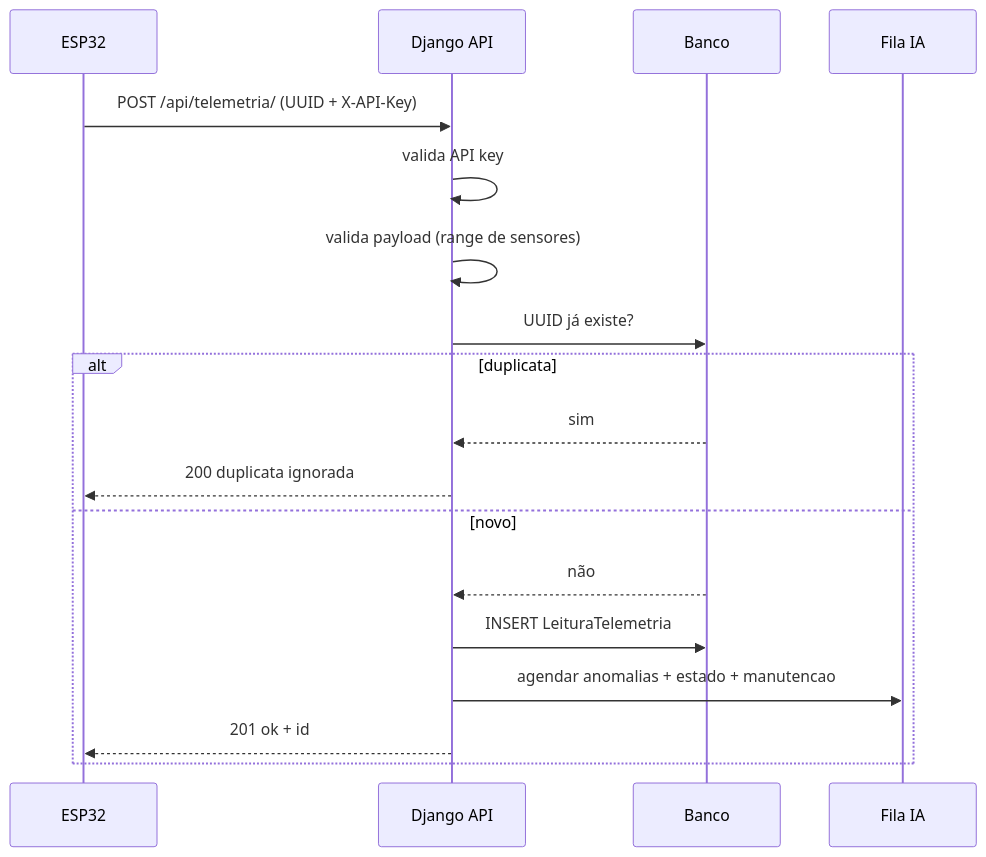
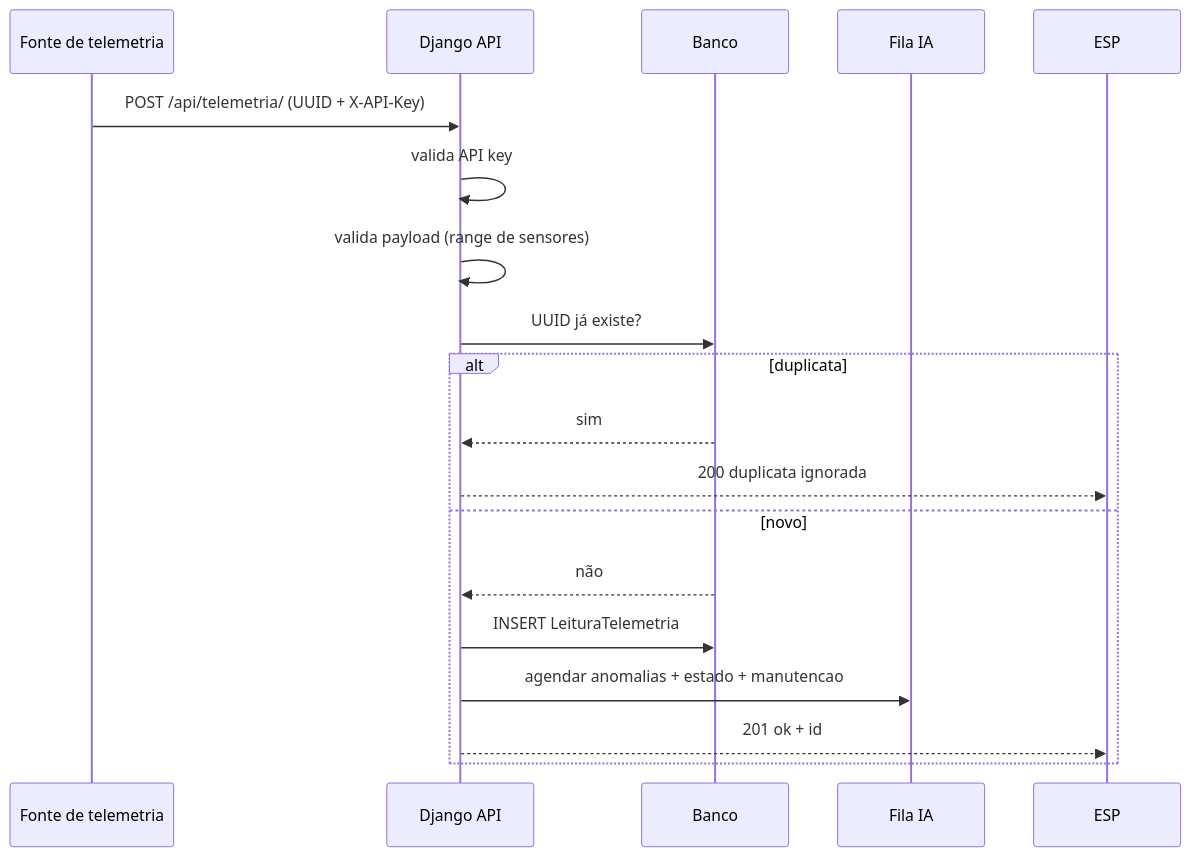
Before and after one commit to Desmantelar-bit/fieldnode: the second of 3 diagrams in README.md, drawn with Mermaid. The commit also changed other lines of this file and 11 other files, not shown here.

````diff
--- a/README.md
+++ b/README.md
@@ -40,21 +40,21 @@
 ```mermaid
 sequenceDiagram
-    participant ESP as ESP32
+    participant SOURCE as Fonte de telemetria
     participant API as Django API
     participant DB as Banco
     participant IA as Fila IA
 
-    ESP->>API: POST /api/telemetria/ (UUID + X-API-Key)
+    SOURCE->>API: POST /api/telemetria/ (UUID + X-API-Key)
     API->>API: valida API key
     API->>API: valida payload (range de sensores)
     API->>DB: UUID já existe?
     alt duplicata
         DB-->>API: sim
         API-->>ESP: 200 duplicata ignorada
     else novo
         DB-->>API: não
         API->>DB: INSERT LeituraTelemetria
         API->>IA: agendar anomalias + estado + manutencao
         API-->>ESP: 201 ok + id
     end
 ```
````
